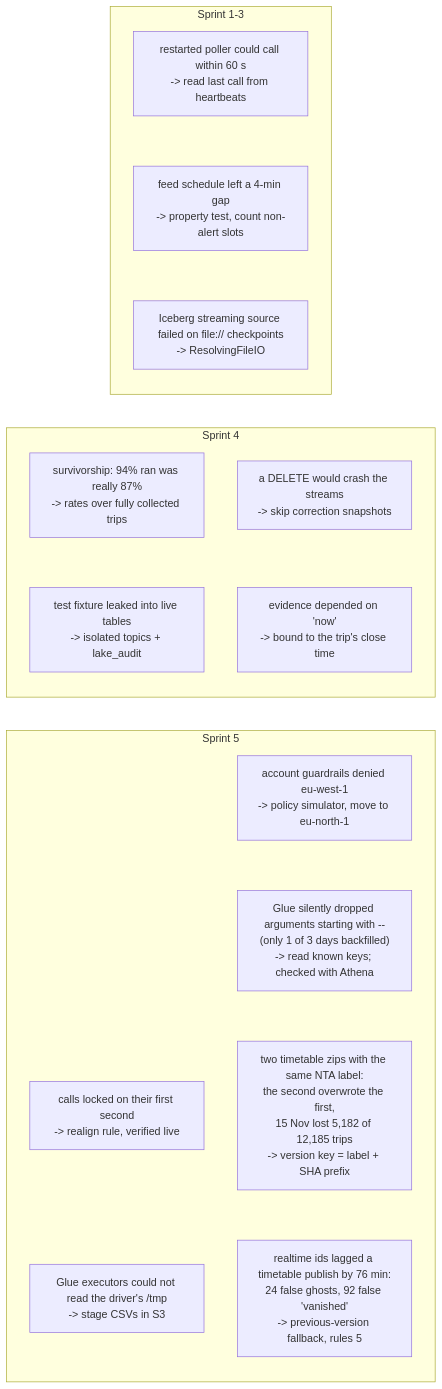
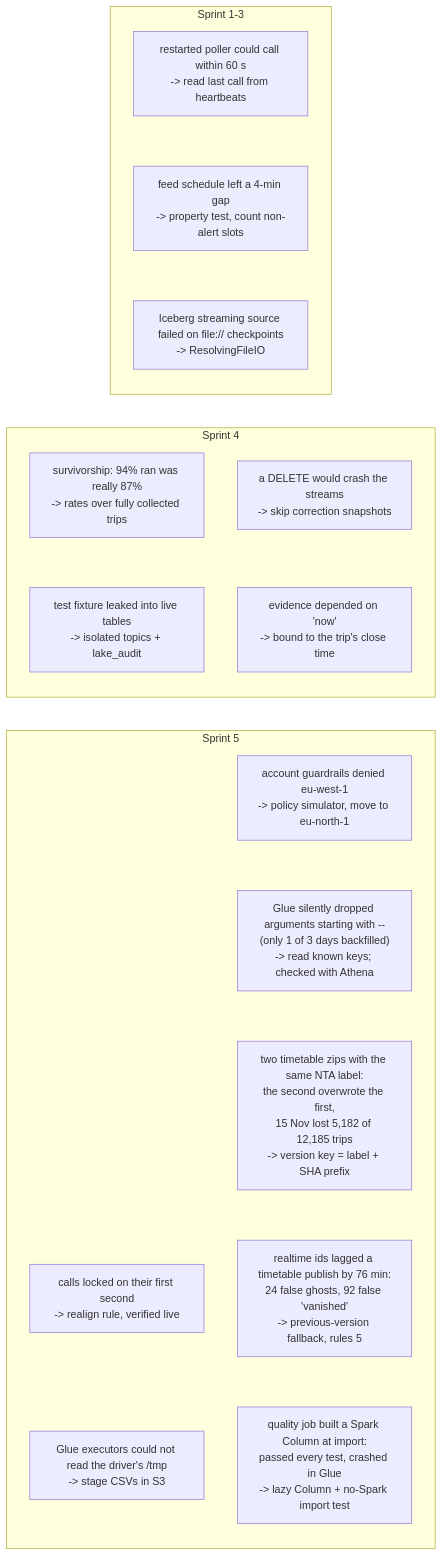
The fourth of 4 diagrams in docs/diagrams/07-engineering.md (IronNathanAlvares/ghost-bus-radar), drawn with Mermaid before and after one commit. The commit also changed 14 other files, not shown here.

````diff
--- a/docs/diagrams/07-engineering.md
+++ b/docs/diagrams/07-engineering.md
@@ -54,31 +54,32 @@
 ```mermaid
 flowchart TB
     subgraph S2["Sprint 1-3"]
         direction TB
         B1["restarted poller could call within 60 s<br/>-> read last call from heartbeats"]
         B2["feed schedule left a 4-min gap<br/>-> property test, count non-alert slots"]
         B3["Iceberg streaming source failed on file:// checkpoints<br/>-> ResolvingFileIO"]
         B1 ~~~ B2 ~~~ B3
     end
     subgraph S4["Sprint 4"]
         direction TB
         B4["survivorship: 94% ran was really 87%<br/>-> rates over fully collected trips"]
         B5["test fixture leaked into live tables<br/>-> isolated topics + lake_audit"]
         B6["a DELETE would crash the streams<br/>-> skip correction snapshots"]
         B7["evidence depended on 'now'<br/>-> bound to the trip's close time"]
         B4 ~~~ B5
         B6 ~~~ B7
     end
     subgraph S5["Sprint 5"]
         direction TB
         B8["calls locked on their first second<br/>-> realign rule, verified live"]
         B9["Glue executors could not read the driver's /tmp<br/>-> stage CSVs in S3"]
         B10["account guardrails denied eu-west-1<br/>-> policy simulator, move to eu-north-1"]
         B11["Glue silently dropped arguments starting with --<br/>(only 1 of 3 days backfilled)<br/>-> read known keys; checked with Athena"]
         B12["two timetable zips with the same NTA label:<br/>the second overwrote the first,<br/>15 Nov lost 5,182 of 12,185 trips<br/>-> version key = label + SHA prefix"]
         B13["realtime ids lagged a timetable publish by 76 min:<br/>24 false ghosts, 92 false 'vanished'<br/>-> previous-version fallback, rules 5"]
         B8 ~~~ B9
-        B10 ~~~ B11 ~~~ B12 ~~~ B13
+        B14["quality job built a Spark Column at import:<br/>passed every test, crashed in Glue<br/>-> lazy Column + no-Spark import test"]
+        B10 ~~~ B11 ~~~ B12 ~~~ B13 ~~~ B14
     end
     S2 ~~~ S4 ~~~ S5
 ```
````
